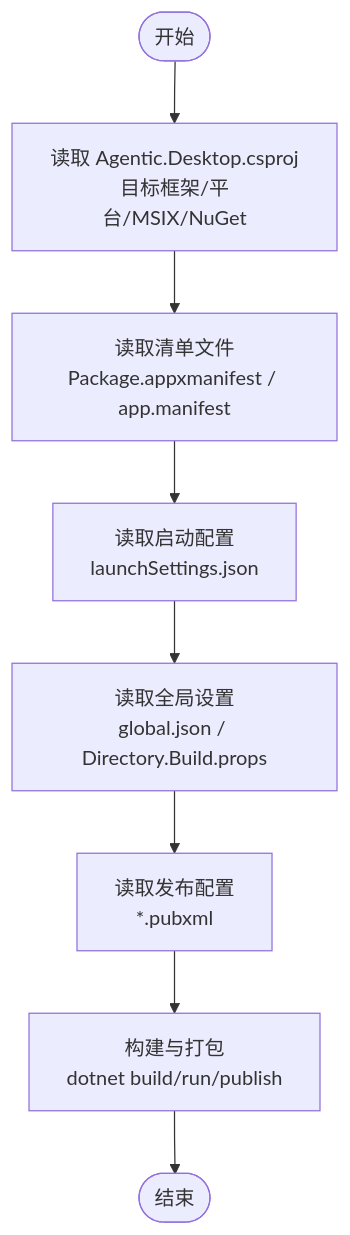
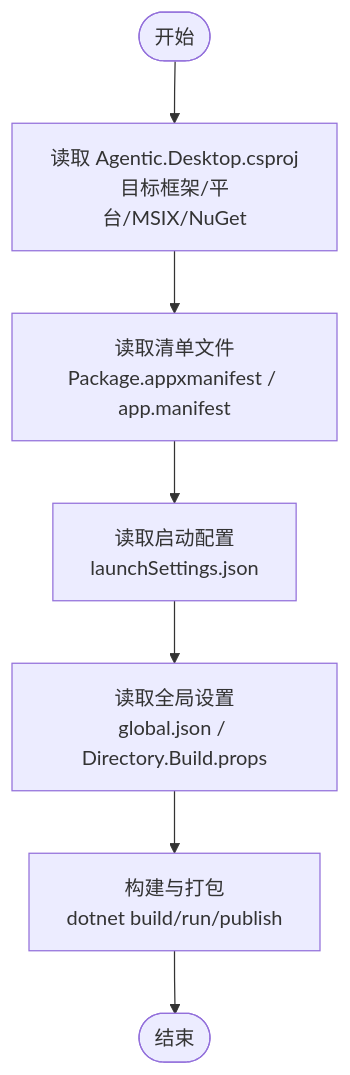
One commit to AgenticDesktop/App changed the second of 3 diagrams in .qoder/repowiki/zh/content/开发指南/项目结构/项目配置.md. Above: the diagram before and after it, drawn with Mermaid. The commit also changed other lines of this file and 108 other files, not shown here.

````diff
--- a/.qoder/repowiki/zh/content/开发指南/项目结构/项目配置.md
+++ b/.qoder/repowiki/zh/content/开发指南/项目结构/项目配置.md
@@ -102,10 +103,9 @@
 ```mermaid
 flowchart TD
 Start(["开始"]) --> ReadCsproj["读取 Agentic.Desktop.csproj<br/>目标框架/平台/MSIX/NuGet"]
 ReadCsproj --> ReadManifests["读取清单文件<br/>Package.appxmanifest / app.manifest"]
 ReadManifests --> ReadLaunch["读取启动配置<br/>launchSettings.json"]
 ReadLaunch --> ReadGlobal["读取全局设置<br/>global.json / Directory.Build.props"]
-ReadGlobal --> PublishProfiles["读取发布配置<br/>*.pubxml"]
-PublishProfiles --> Build["构建与打包<br/>dotnet build/run/publish"]
+ReadGlobal --> Build["构建与打包<br/>dotnet build/run/publish"]
 Build --> End(["结束"])
 ```
````
